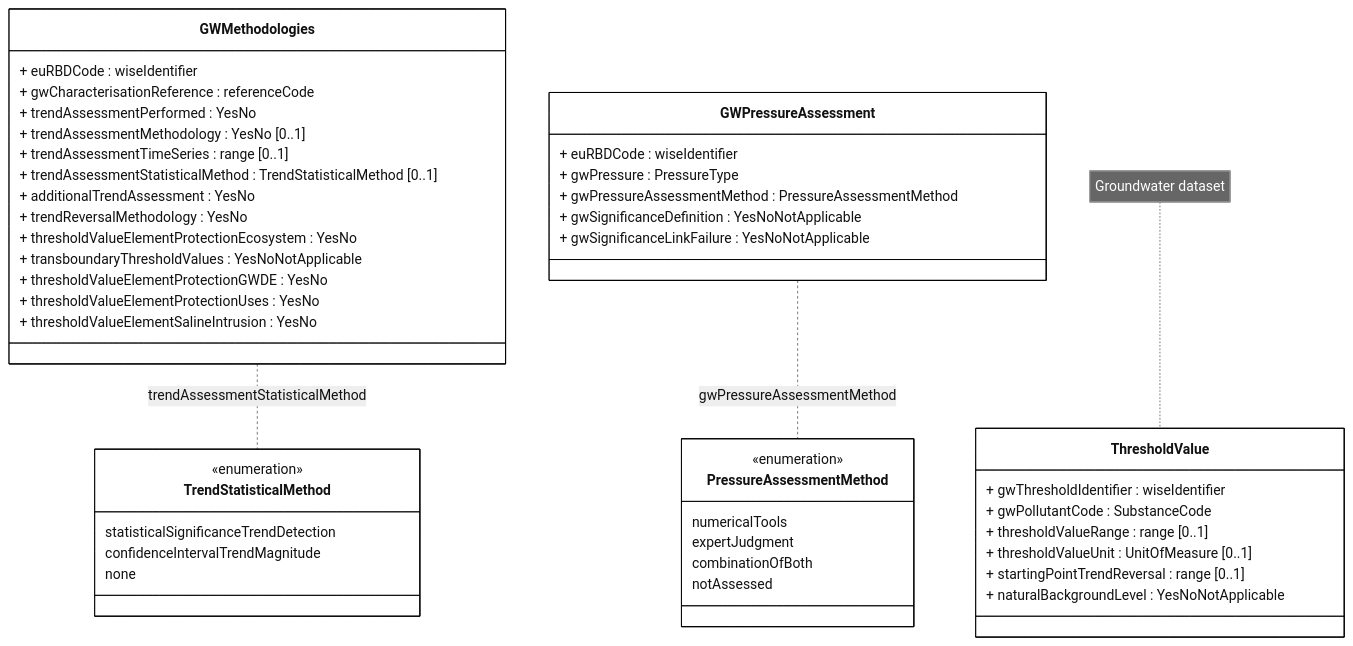
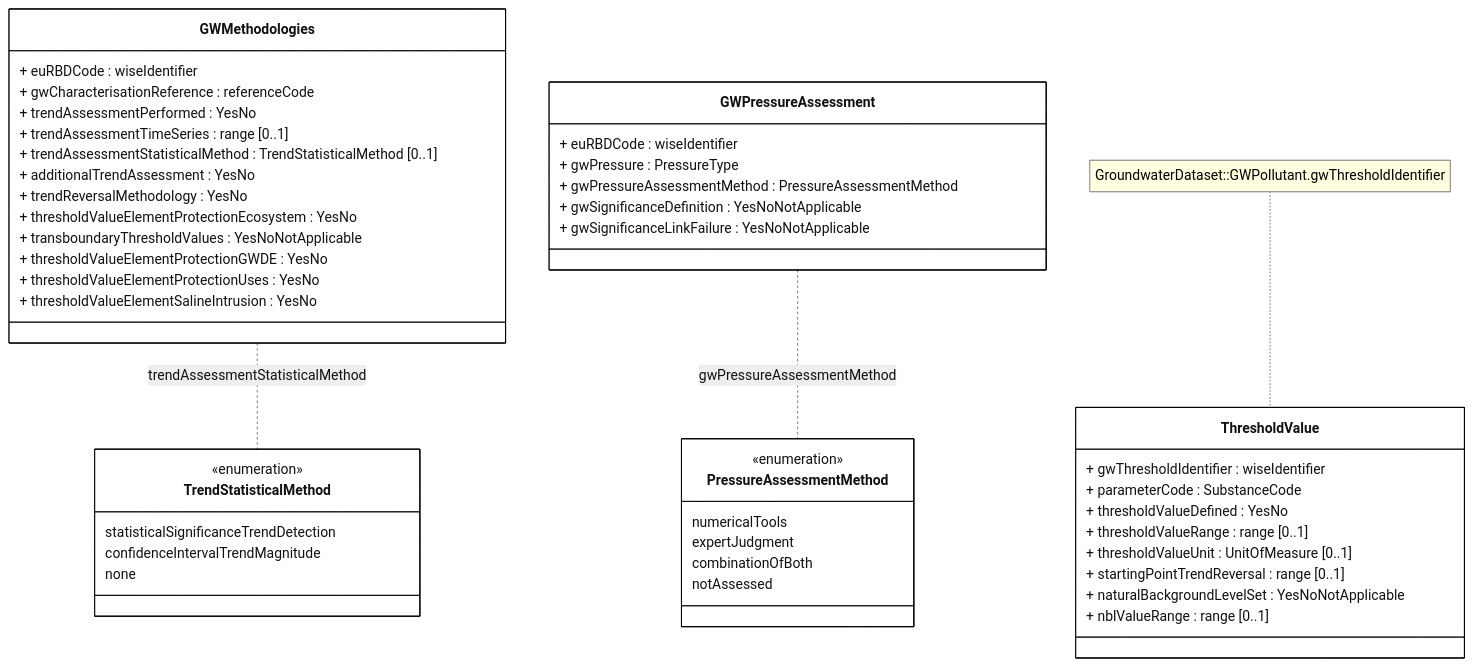
The diagram in docs/DataModelReview/mmd/GroundwaterMethodologies_4thCycle_ClassDiagram.mmd (eeadata/WISE.WFD.Documentation), drawn with Mermaid before and after one commit. The commit also changed 3 other files, not shown here.

```diff
--- a/docs/DataModelReview/mmd/GroundwaterMethodologies_4thCycle_ClassDiagram.mmd
+++ b/docs/DataModelReview/mmd/GroundwaterMethodologies_4thCycle_ClassDiagram.mmd
@@ -1,64 +1,68 @@
 ---
 config:
   class:
     hideEmptyMembersBox: true
   layout: dagre
   theme: neutral
+  themeVariables:
+    noteBkgColor: LightYellow
+    noteTextColor: black 
 ---
 classDiagram
 
 class GWMethodologies {
   + euRBDCode : wiseIdentifier
   + gwCharacterisationReference : referenceCode
   + trendAssessmentPerformed : YesNo
-  + trendAssessmentMethodology : YesNo [0..1]
   + trendAssessmentTimeSeries : range [0..1]
   + trendAssessmentStatisticalMethod : TrendStatisticalMethod [0..1]
   + additionalTrendAssessment : YesNo
   + trendReversalMethodology : YesNo
   + thresholdValueElementProtectionEcosystem : YesNo
   + transboundaryThresholdValues : YesNoNotApplicable
   + thresholdValueElementProtectionGWDE : YesNo
   + thresholdValueElementProtectionUses : YesNo
   + thresholdValueElementSalineIntrusion : YesNo
 }
 
 class GWPressureAssessment{
   + euRBDCode : wiseIdentifier
   + gwPressure : PressureType
   + gwPressureAssessmentMethod : PressureAssessmentMethod
   + gwSignificanceDefinition : YesNoNotApplicable
   + gwSignificanceLinkFailure : YesNoNotApplicable
 }
 
 class ThresholdValue{
   + gwThresholdIdentifier : wiseIdentifier
-  + gwPollutantCode : SubstanceCode
+  + parameterCode : SubstanceCode
+  + thresholdValueDefined : YesNo
   + thresholdValueRange : range [0..1]
   + thresholdValueUnit : UnitOfMeasure [0..1]
   + startingPointTrendReversal : range [0..1]
-  + naturalBackgroundLevel : YesNoNotApplicable
+  + naturalBackgroundLevelSet : YesNoNotApplicable
+  + nblValueRange : range  [0..1] 
 }
 
 class PressureAssessmentMethod{
 <<enumeration>>
 numericalTools
 expertJudgment
 combinationOfBoth
 notAssessed 
 }
 
 class TrendStatisticalMethod{
 <<enumeration>>
 statisticalSignificanceTrendDetection
 confidenceIntervalTrendMagnitude
 none
 }
 
 GWPressureAssessment .. PressureAssessmentMethod : gwPressureAssessmentMethod
 GWMethodologies .. TrendStatisticalMethod : trendAssessmentStatisticalMethod
 
-note for ThresholdValue "Groundwater dataset"
+note for ThresholdValue "GroundwaterDataset::GWPollutant.gwThresholdIdentifier"
 
 classDef default fill:white,stroke:#000;
 classDef forFixing fill:white,stroke:#f00;
```
